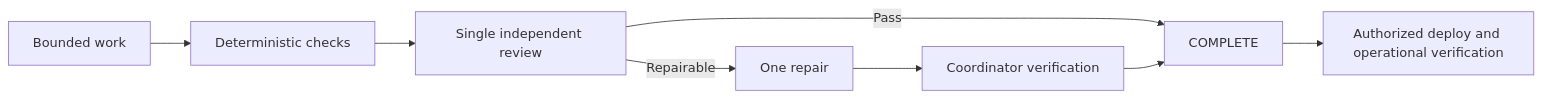
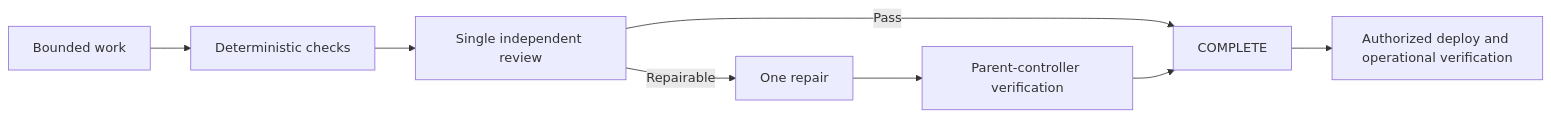
Before and after one commit to alphazede/bearing-lite: the diagram in README.md, drawn with Mermaid. The commit also changed other lines of this file and 20 other files, not shown here.

````diff
--- a/README.md
+++ b/README.md
@@ -342,10 +358,10 @@
 ```mermaid
 flowchart LR
     W[Bounded work] --> C[Deterministic checks]
     C --> R[Single independent review]
     R -->|Pass| X[COMPLETE]
     R -->|Repairable| F[One repair]
-    F --> V[Coordinator verification]
+    F --> V[Parent-controller verification]
     V --> X
     X --> D[Authorized deploy and operational verification]
 ```
````
